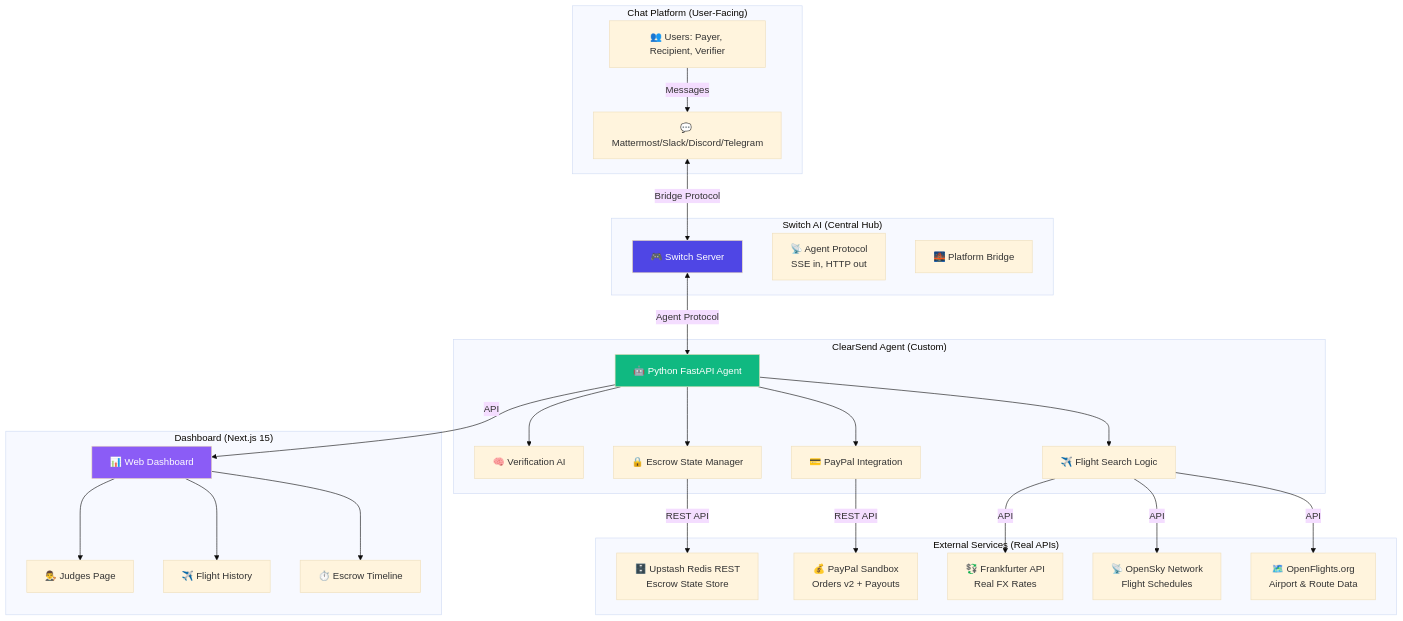
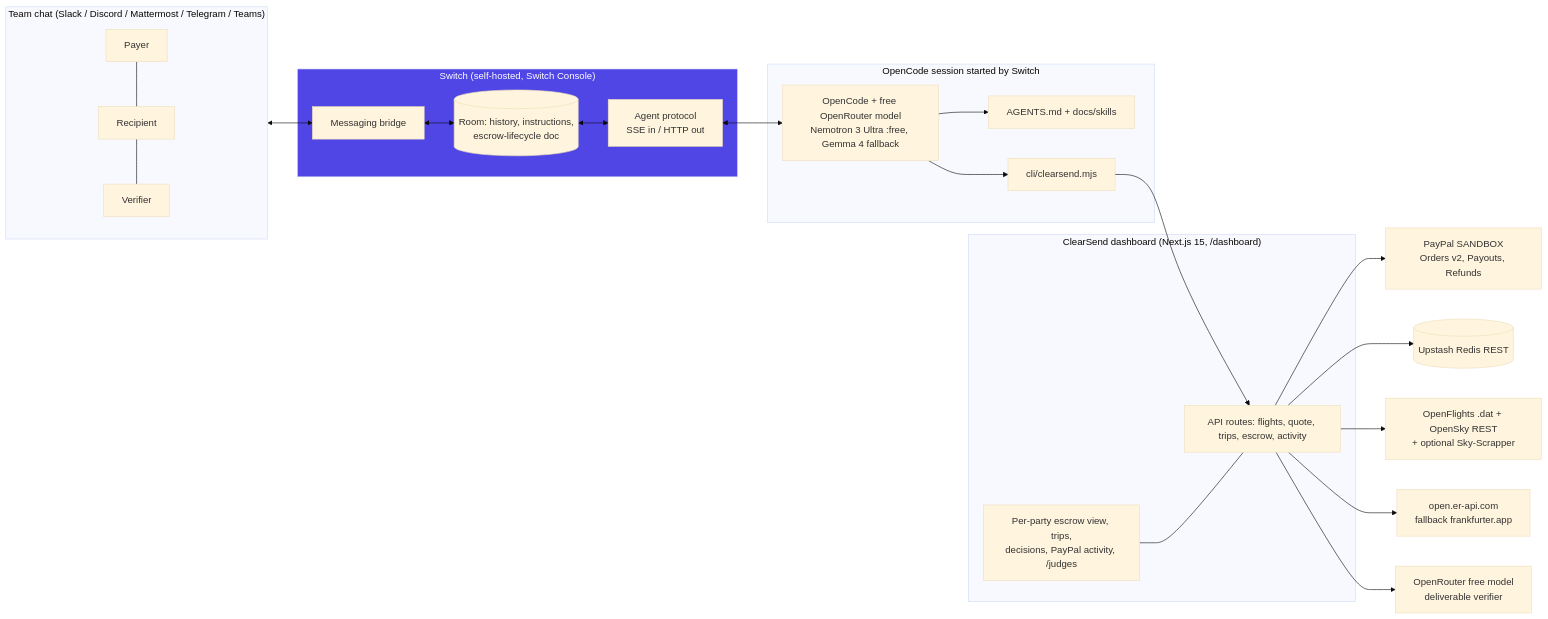
One commit to dukemawex/clearsend-room changed the diagram in README.md. Above: the diagram before and after it, drawn with Mermaid (base theme). The commit also changed other lines of this file and 3 other files, not shown here.

Commit message:
README with Switch-central architecture, setup, judge steps; .env.example; health exposes dashboard URL

````diff
--- a/README.md
+++ b/README.md
@@ -39,60 +22,30 @@
 ```mermaid
-graph TB
-    subgraph "Chat Platform (User-Facing)"
-        Users[👥 Users: Payer, Recipient, Verifier]
-        ChatApp[💬 Mattermost/Slack/Discord/Telegram]
-    end
-    
-    subgraph "Switch AI (Central Hub)"
-        Switch[🎮 Switch Server]
-        Protocol[📡 Agent Protocol<br/>SSE in, HTTP out]
-        Bridge[🌉 Platform Bridge]
-    end
-    
-    subgraph "ClearSend Agent (Custom)"
-        Agent[🤖 Python FastAPI Agent]
-        FlightSearch[✈️ Flight Search Logic]
-        PayPal[💳 PayPal Integration]
-        Escrow[🔒 Escrow State Manager]
-        AI[🧠 Verification AI]
-    end
-    
-    subgraph "External Services (Real APIs)"
-        OpenFlights[🗺️ OpenFlights.org<br/>Airport & Route Data]
-        OpenSky[📡 OpenSky Network<br/>Flight Schedules]
-        PayPalSandbox[💰 PayPal Sandbox<br/>Orders v2 + Payouts]
-        Upstash[🗄️ Upstash Redis REST<br/>Escrow State Store]
-        Frankfurter[💱 Frankfurter API<br/>Real FX Rates]
-    end
-    
-    subgraph "Dashboard (Next.js 15)"
-        Dashboard[📊 Web Dashboard]
-        Timeline[⏱️ Escrow Timeline]
-        Flights[✈️ Flight History]
-        Judges[👨‍⚖️ Judges Page]
-    end
-    
-    Users -->|Messages| ChatApp
-    ChatApp <-->|Bridge Protocol| Switch
-    Switch <-->|Agent Protocol| Agent
-    
-    Agent --> FlightSearch
-    Agent --> PayPal
-    Agent --> Escrow
-    Agent --> AI
-    
-    FlightSearch -->|API| OpenFlights
-    FlightSearch -->|API| OpenSky
-    PayPal -->|REST API| PayPalSandbox
-    Escrow -->|REST API| Upstash
-    FlightSearch -->|API| Frankfurter
-    
-    Agent -->|API| Dashboard
-    Dashboard --> Timeline
-    Dashboard --> Flights
-    Dashboard --> Judges
-    
-    style Switch fill:#4F46E5,color:#fff
-    style Agent fill:#10B981,color:#fff
-    style Dashboard fill:#8B5CF6,color:#fff
+flowchart LR
+  subgraph Chat["Team chat (Slack / Discord / Mattermost / Telegram / Teams)"]
+    P[Payer] --- R[Recipient] --- V[Verifier]
+  end
+  subgraph Switch["Switch (self-hosted, Switch Console)"]
+    ROOM[(Room: history, instructions,\nescrow-lifecycle doc)]
+    BRIDGE[Messaging bridge]
+    PROTO[Agent protocol\nSSE in / HTTP out]
+  end
+  subgraph Agent["OpenCode session started by Switch"]
+    OC[OpenCode + free OpenRouter model\nNemotron 3 Ultra :free, Gemma 4 fallback]
+    SK[AGENTS.md + docs/skills]
+    CLI[cli/clearsend.mjs]
+  end
+  subgraph App["ClearSend dashboard (Next.js 15, /dashboard)"]
+    API[API routes: flights, quote, trips, escrow, activity]
+    UI[Per-party escrow view, trips,\ndecisions, PayPal activity, /judges]
+  end
+  Chat <--> BRIDGE <--> ROOM <--> PROTO <--> OC
+  OC --> SK
+  OC --> CLI --> API
+  API --> PP[PayPal SANDBOX\nOrders v2, Payouts, Refunds]
+  API --> UP[(Upstash Redis REST)]
+  API --> FL[OpenFlights .dat + OpenSky REST\n+ optional Sky-Scrapper]
+  API --> FX[open.er-api.com\nfallback frankfurter.app]
+  API --> LLM[OpenRouter free model\ndeliverable verifier]
+  UI --- API
+  style Switch fill:#4f46e5,color:#fff
 ```
````
